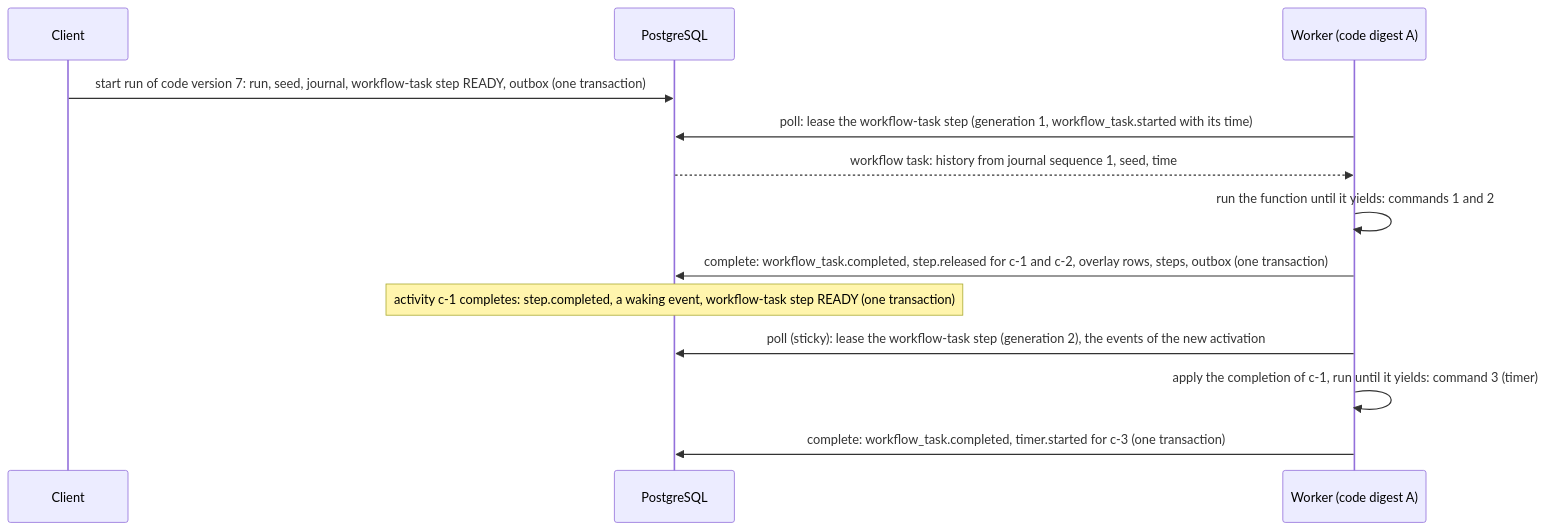
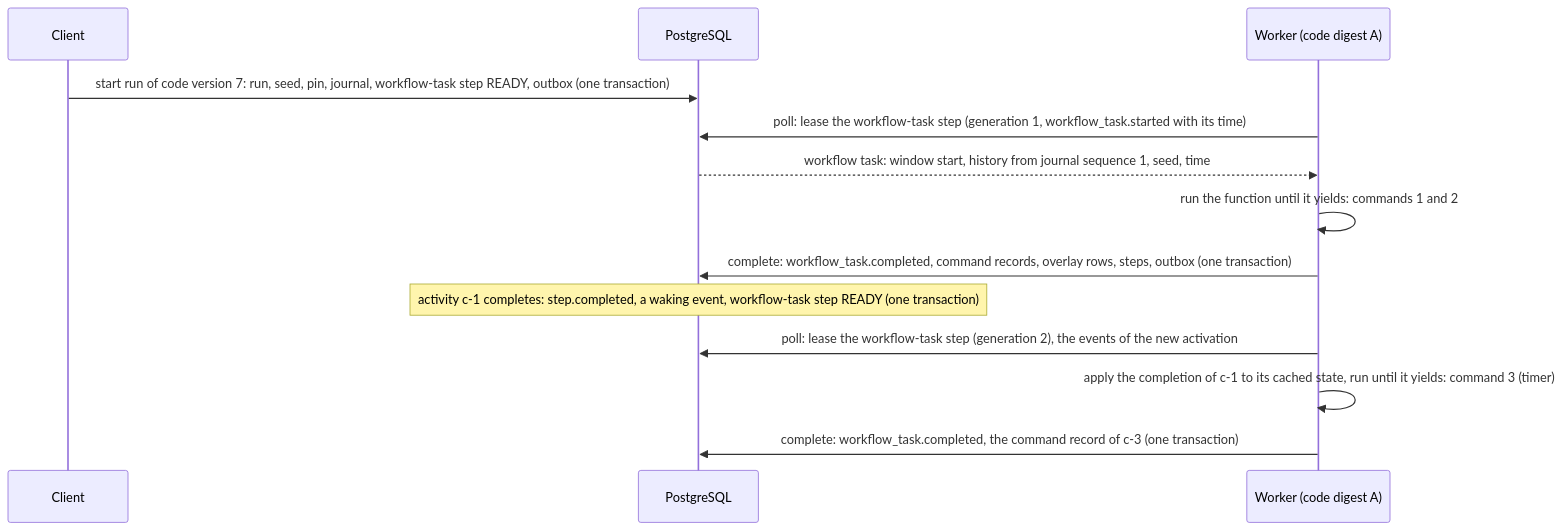
The diagram in docs/designs/044-workflow-as-code.md (ortisun/sagat-octopus-orchestrator), drawn with Mermaid before and after one commit. The commit also changed other lines of this file and 15 other files, not shown here.

First line of the commit message:
docs(044): answer the third review round of workflow as code

````diff
--- a/docs/designs/044-workflow-as-code.md
+++ b/docs/designs/044-workflow-as-code.md
@@ -746,15 +802,15 @@
 ```mermaid
 sequenceDiagram
   participant C as Client
   participant DB as PostgreSQL
   participant W as Worker (code digest A)
-  C->>DB: start run of code version 7: run, seed, journal, workflow-task step READY, outbox (one transaction)
+  C->>DB: start run of code version 7: run, seed, pin, journal, workflow-task step READY, outbox (one transaction)
   W->>DB: poll: lease the workflow-task step (generation 1, workflow_task.started with its time)
-  DB-->>W: workflow task: history from journal sequence 1, seed, time
+  DB-->>W: workflow task: window start, history from journal sequence 1, seed, time
   W->>W: run the function until it yields: commands 1 and 2
-  W->>DB: complete: workflow_task.completed, step.released for c-1 and c-2, overlay rows, steps, outbox (one transaction)
+  W->>DB: complete: workflow_task.completed, command records, overlay rows, steps, outbox (one transaction)
   Note over DB: activity c-1 completes: step.completed, a waking event, workflow-task step READY (one transaction)
-  W->>DB: poll (sticky): lease the workflow-task step (generation 2), the events of the new activation
-  W->>W: apply the completion of c-1, run until it yields: command 3 (timer)
-  W->>DB: complete: workflow_task.completed, timer.started for c-3 (one transaction)
+  W->>DB: poll: lease the workflow-task step (generation 2), the events of the new activation
+  W->>W: apply the completion of c-1 to its cached state, run until it yields: command 3 (timer)
+  W->>DB: complete: workflow_task.completed, the command record of c-3 (one transaction)
 ```
````
